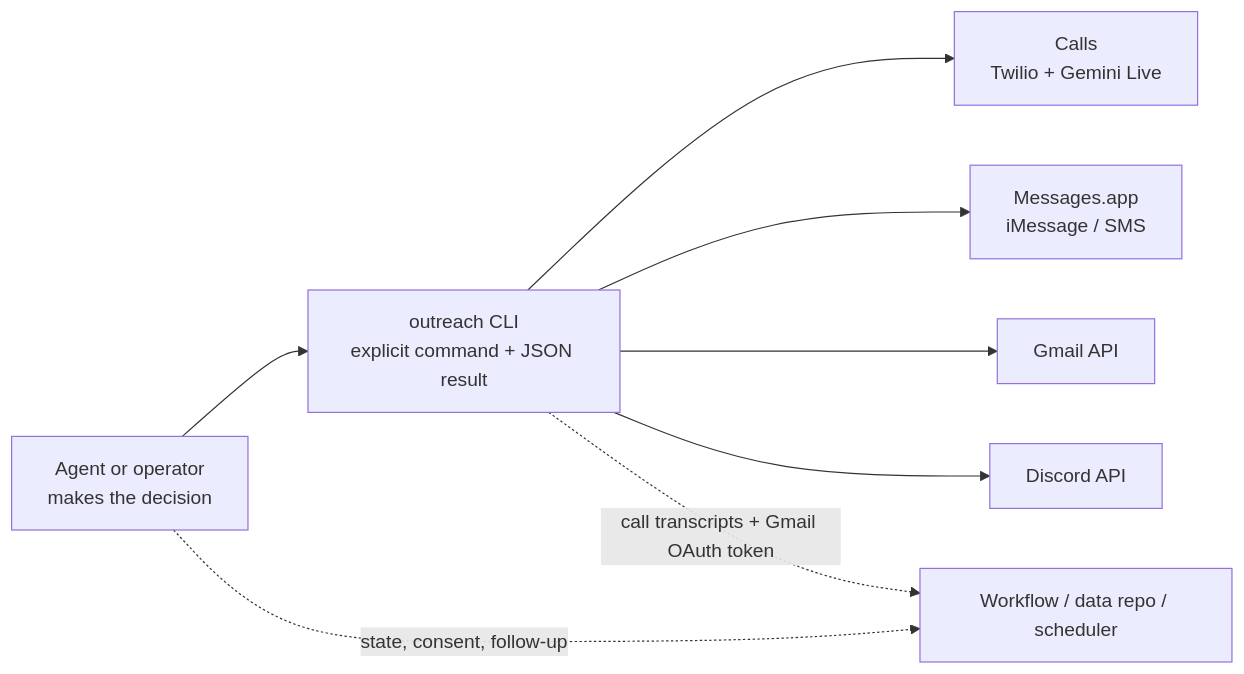
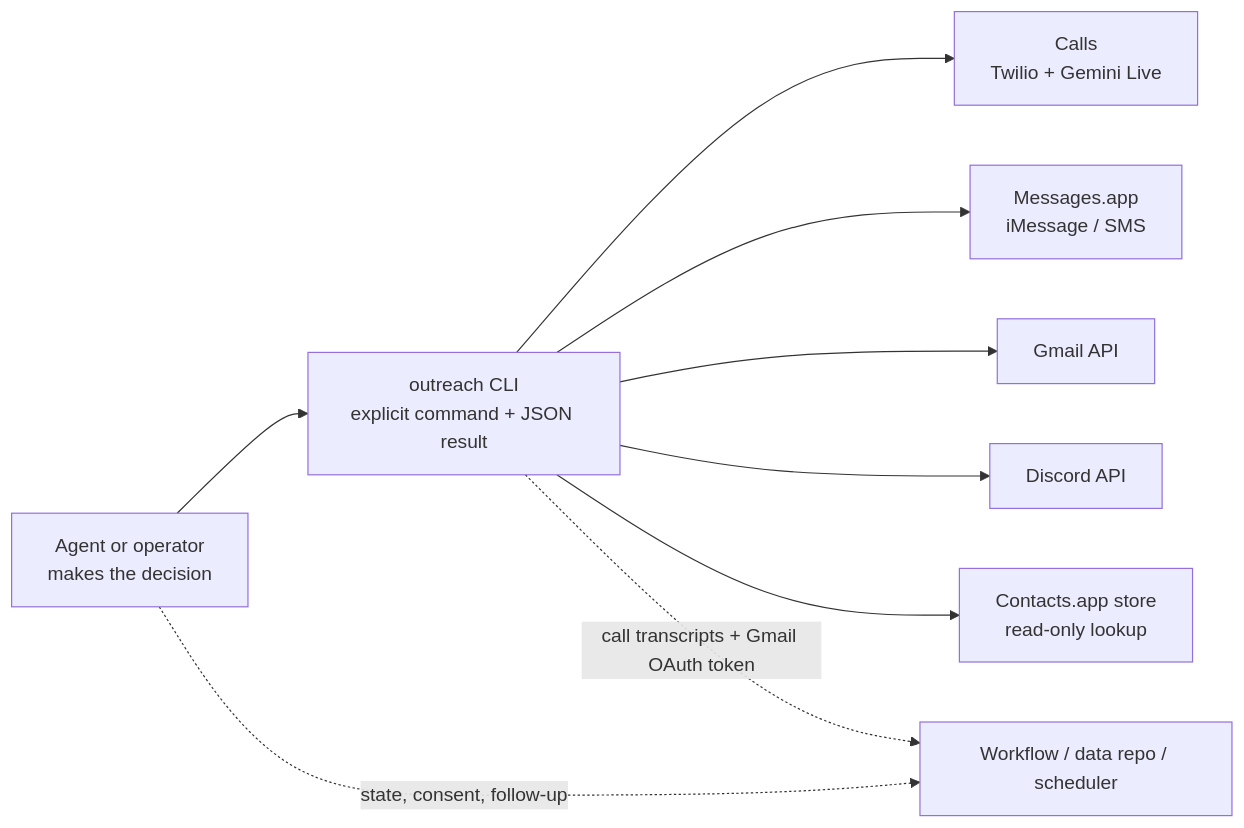
One commit to fyang0507/outreach-cli changed the diagram in README.md. Above: the diagram before and after it, drawn with Mermaid. The commit also changed other lines of this file, not shown here.

First line of the commit message:
Document contacts find in the README

````diff
--- a/README.md
+++ b/README.md
@@ -24,10 +27,11 @@
 ```mermaid
 flowchart LR
     A["Agent or operator<br/>makes the decision"] --> B["outreach CLI<br/>explicit command + JSON result"]
     B --> C["Calls<br/>Twilio + Gemini Live"]
     B --> D["Messages.app<br/>iMessage / SMS"]
     B --> E["Gmail API"]
     B --> F["Discord API"]
+    B --> H["Contacts.app store<br/>read-only lookup"]
     A -. "state, consent, follow-up" .-> G["Workflow / data repo / scheduler"]
     B -. "call transcripts + Gmail OAuth token" .-> G
 ```
````
